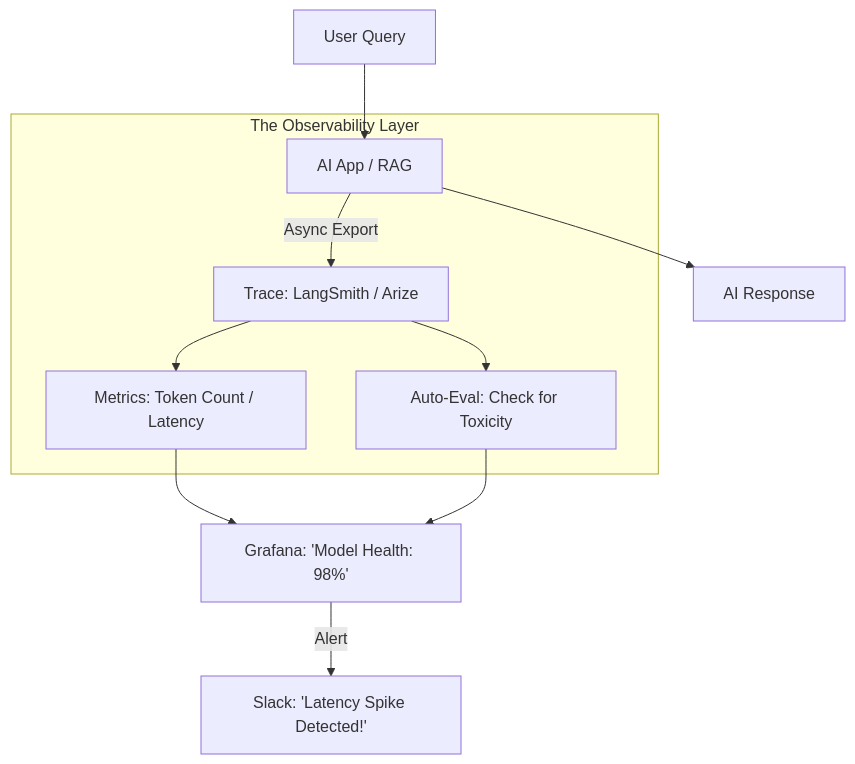
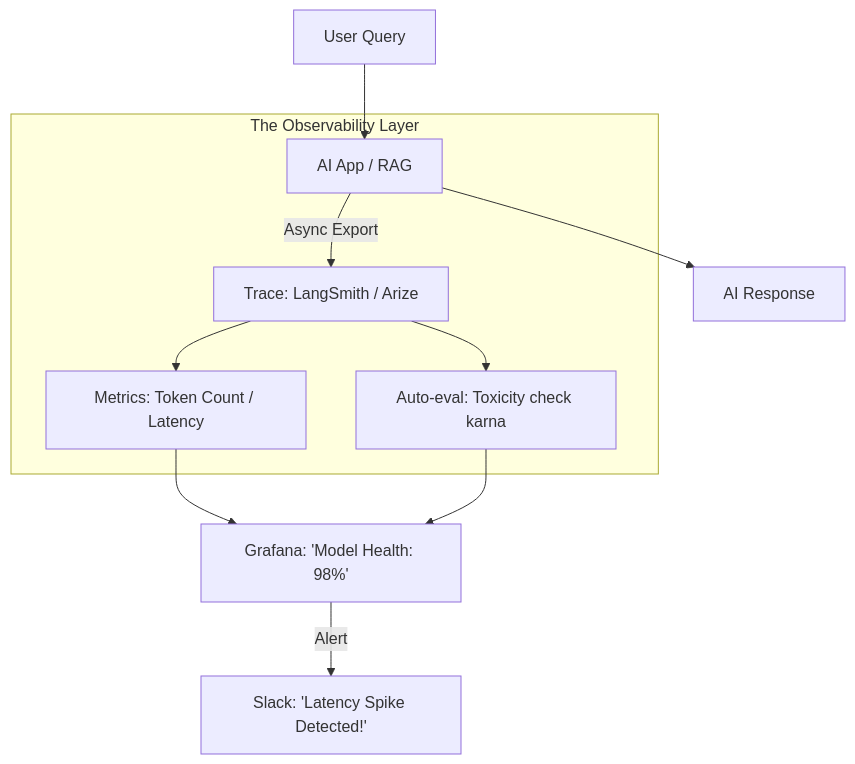
The diagram in docs/ai_foundations_and_ops/17_AI_Observability_and_Monitoring/AI_Observability_Foundations.md (Sameer-Malik20/SusaGPT-Build-LLM-From-Scratch-With-Hinglish-Learning-Material), drawn with Mermaid before and after one commit. The commit also changed other lines of this file and 131 other files, not shown here.

````diff
--- a/docs/ai_foundations_and_ops/17_AI_Observability_and_Monitoring/AI_Observability_Foundations.md
+++ b/docs/ai_foundations_and_ops/17_AI_Observability_and_Monitoring/AI_Observability_Foundations.md
@@ -60,14 +60,14 @@
 ```mermaid
 graph TD
     User[User Query] --> AI[AI App / RAG]
     AI --> Answer[AI Response]
     
     subgraph "The Observability Layer"
     AI -- "Async Export" --> Trace[Trace: LangSmith / Arize]
     Trace --> Stats[Metrics: Token Count / Latency]
-    Trace --> Eval[Auto-Eval: Check for Toxicity]
+    Trace --> Eval[Auto-eval: Toxicity check karna]
     end
     
     Stats & Eval --> Dashboard[Grafana: 'Model Health: 98%']
     Dashboard -- "Alert" --> Engineer[Slack: 'Latency Spike Detected!']
 ```
````
